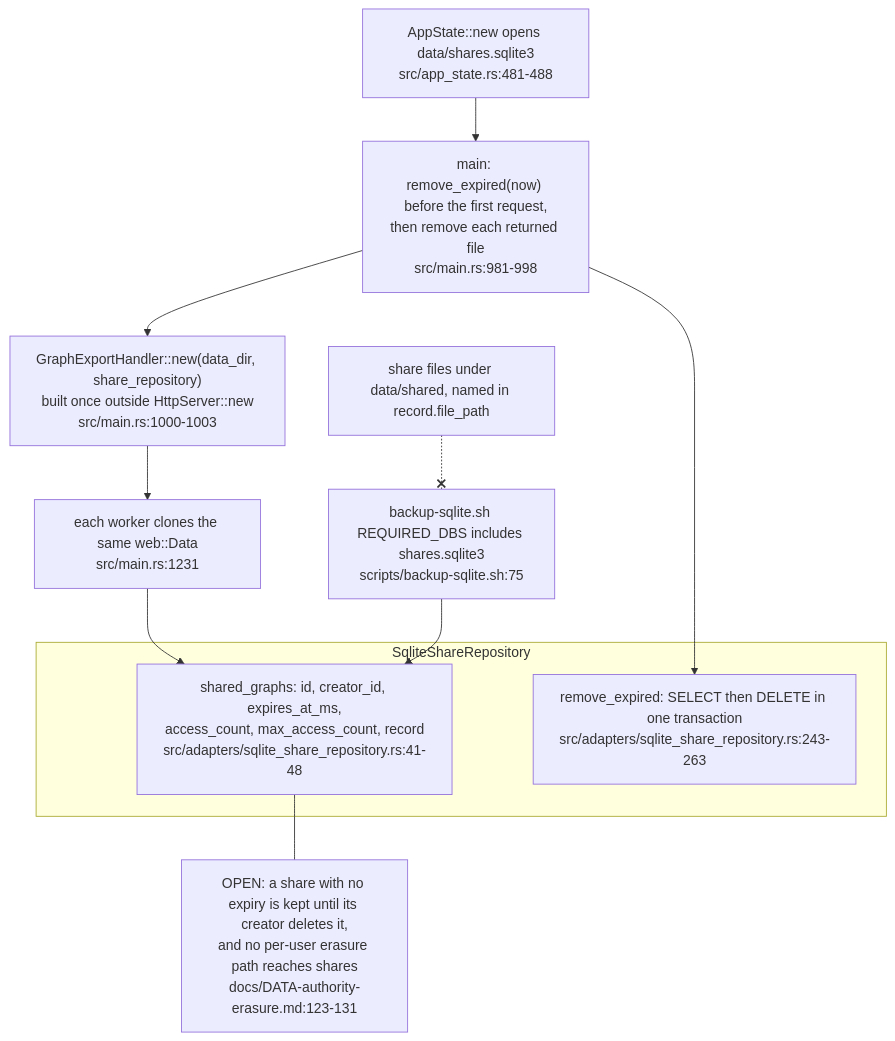
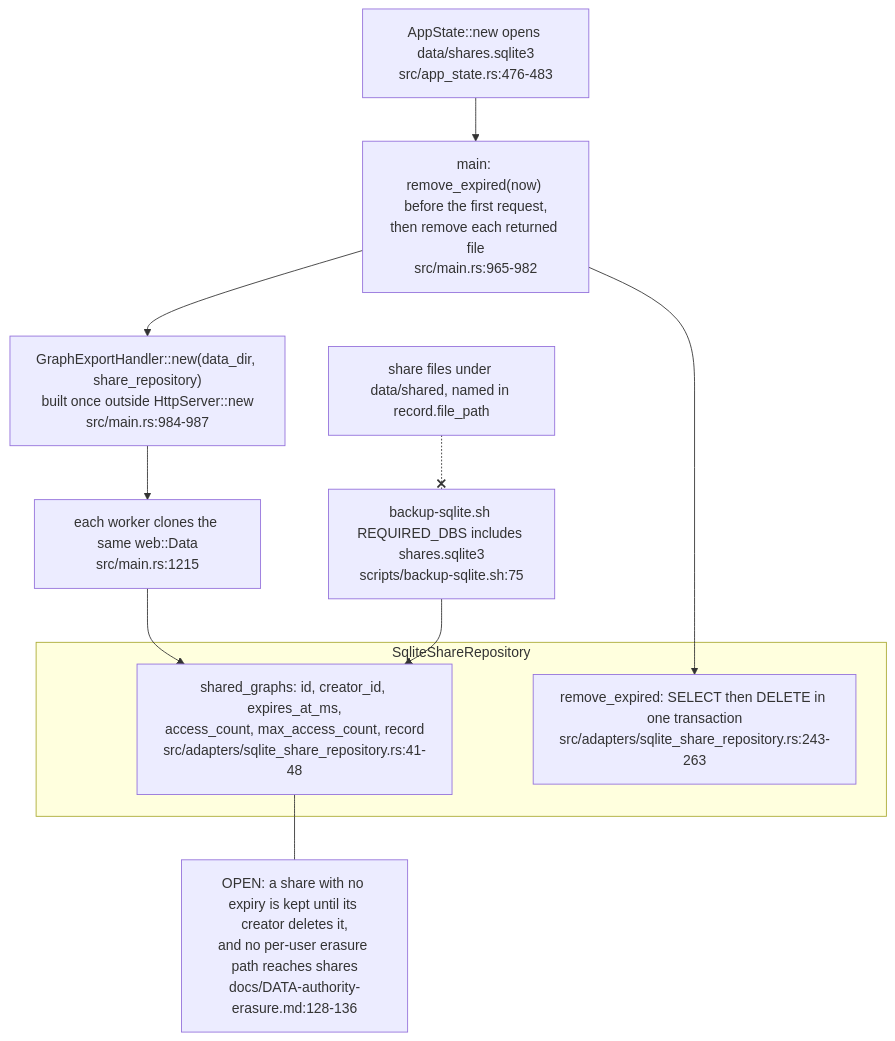
The tenth of 24 diagrams in docs/diagrams/visionclaw/04-handlers-graph-and-state.md (DreamLab-AI/VisionFlow), drawn with Mermaid before and after one commit. The commit also changed other lines of this file and 7 other files, not shown here.

````diff
--- a/docs/diagrams/visionclaw/04-handlers-graph-and-state.md
+++ b/docs/diagrams/visionclaw/04-handlers-graph-and-state.md
@@ -597,16 +603,16 @@
 ```mermaid
 flowchart TB
-    AS["AppState::new opens data/shares.sqlite3<br/>src/app_state.rs:481-488"] --> RM["main: remove_expired(now) before the first request,<br/>then remove each returned file<br/>src/main.rs:981-998"]
-    RM --> GH["GraphExportHandler::new(data_dir, share_repository)<br/>built once outside HttpServer::new<br/>src/main.rs:1000-1003"]
-    GH --> W["each worker clones the same web::Data<br/>src/main.rs:1231"]
+    AS["AppState::new opens data/shares.sqlite3<br/>src/app_state.rs:476-483"] --> RM["main: remove_expired(now) before the first request,<br/>then remove each returned file<br/>src/main.rs:965-982"]
+    RM --> GH["GraphExportHandler::new(data_dir, share_repository)<br/>built once outside HttpServer::new<br/>src/main.rs:984-987"]
+    GH --> W["each worker clones the same web::Data<br/>src/main.rs:1215"]
     subgraph Store["SqliteShareRepository"]
         SC["shared_graphs: id, creator_id, expires_at_ms,<br/>access_count, max_access_count, record<br/>src/adapters/sqlite_share_repository.rs:41-48"]
         EXP["remove_expired: SELECT then DELETE in one transaction<br/>src/adapters/sqlite_share_repository.rs:243-263"]
     end
     W --> SC
     RM --> EXP
     BK["backup-sqlite.sh REQUIRED_DBS includes shares.sqlite3<br/>scripts/backup-sqlite.sh:75"] --> SC
     FILES["share files under data/shared, named in record.file_path"] -.-x BK
-    N1["OPEN: a share with no expiry is kept until its creator deletes it,<br/>and no per-user erasure path reaches shares<br/>docs/DATA-authority-erasure.md:123-131"]
+    N1["OPEN: a share with no expiry is kept until its creator deletes it,<br/>and no per-user erasure path reaches shares<br/>docs/DATA-authority-erasure.md:128-136"]
     SC --- N1
 ```
````
